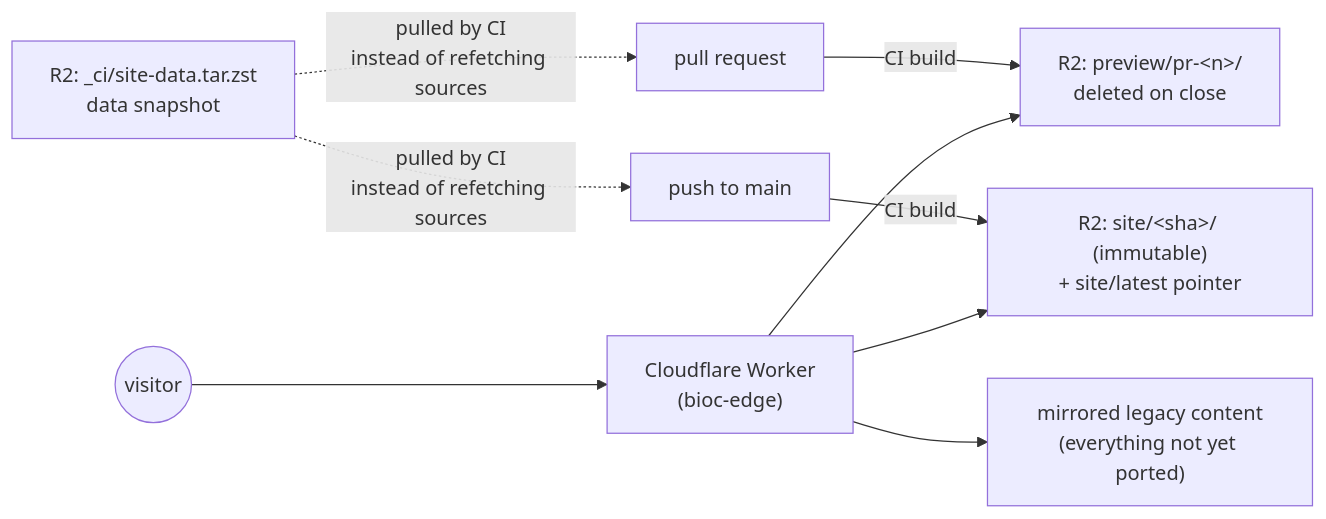
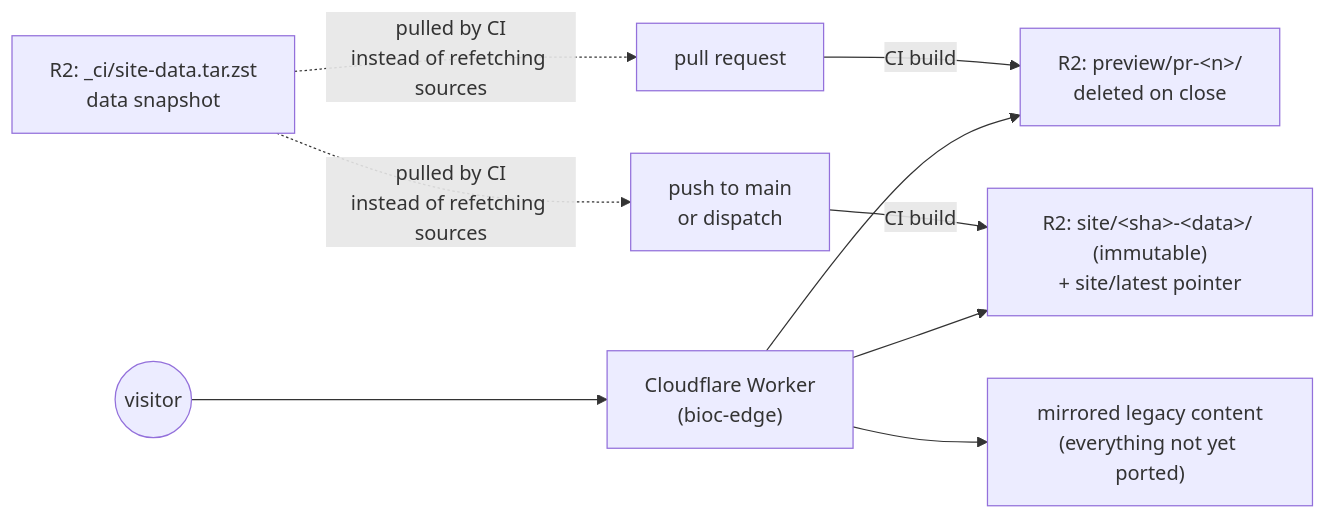
One commit to seandavi/bioc-website changed the second of 2 diagrams in README.md. Above: the diagram before and after it, drawn with Mermaid. The commit also changed other lines of this file, not shown here.

First line of the commit message:
README: automatic prose/asset refresh, build id format, link to content discussion (#63)

````diff
--- a/README.md
+++ b/README.md
@@ -54,9 +54,9 @@
 ```mermaid
 flowchart LR
   pr["pull request"] -- "CI build" --> preview["R2: preview/pr-&lt;n&gt;/<br/>deleted on close"]
-  main["push to main"] -- "CI build" --> site["R2: site/&lt;sha&gt;/ (immutable)<br/>+ site/latest pointer"]
+  main["push to main<br/>or dispatch"] -- "CI build" --> site["R2: site/&lt;sha&gt;-&lt;data&gt;/ (immutable)<br/>+ site/latest pointer"]
   snapshot["R2: _ci/site-data.tar.zst<br/>data snapshot"] -. "pulled by CI<br/>instead of refetching sources" .-> pr & main
   worker["Cloudflare Worker<br/>(bioc-edge)"] --> preview & site
   worker --> legacy["mirrored legacy content<br/>(everything not yet ported)"]
   visitor(("visitor")) --> worker
 ```
````
